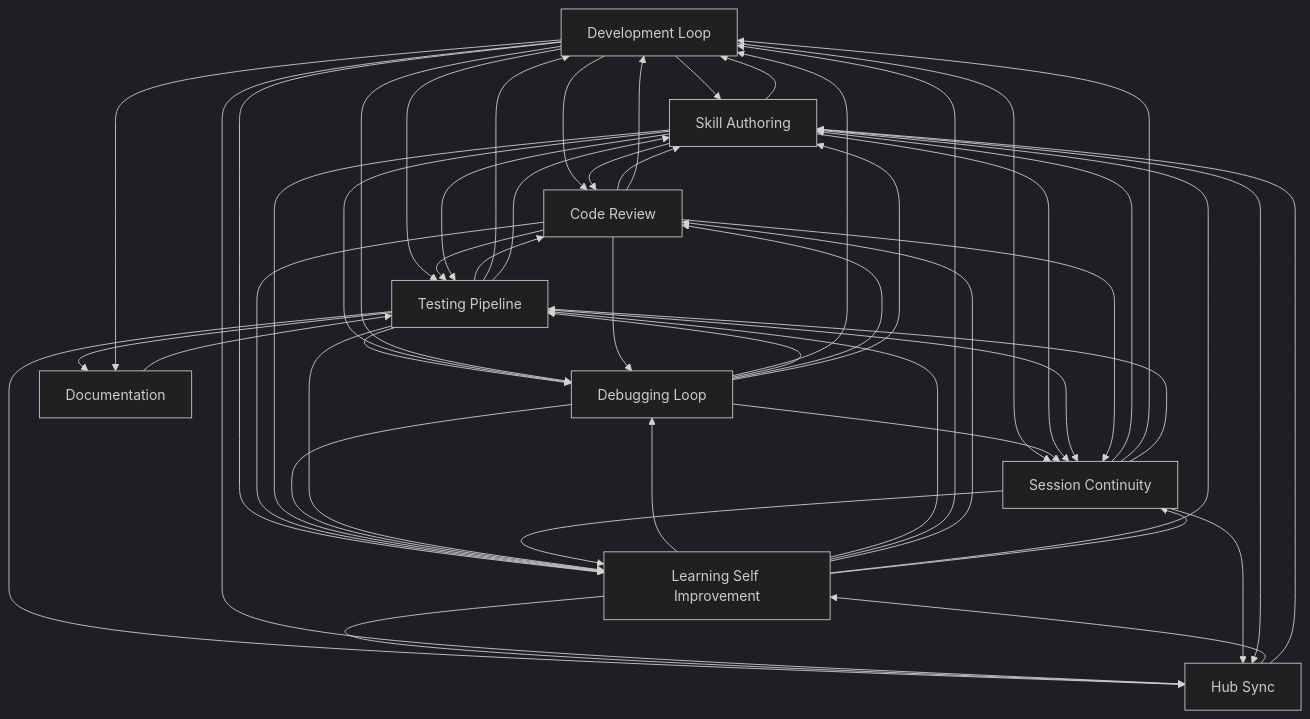
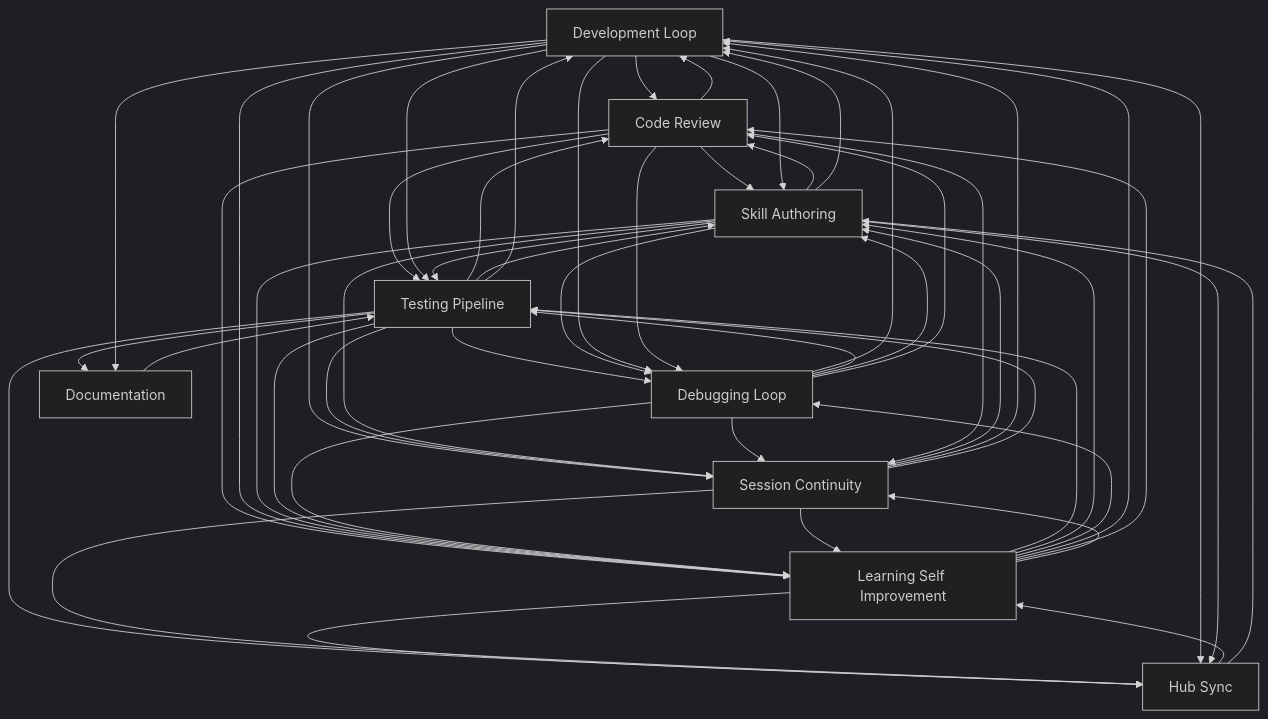
Before and after one commit to abhayla/claude-best-practices: the diagram in docs/workflows/INDEX.md, drawn with Mermaid (dark theme). The commit also changed other lines of this file and 19 other files, not shown here.

````diff
--- a/docs/workflows/INDEX.md
+++ b/docs/workflows/INDEX.md
@@ -21,62 +21,62 @@
 ```mermaid
 graph TD
     development_loop[Development Loop]
     testing_pipeline[Testing Pipeline]
     debugging_loop[Debugging Loop]
     learning_self_improvement[Learning Self Improvement]
     session_continuity[Session Continuity]
     skill_authoring[Skill Authoring]
     code_review[Code Review]
     documentation[Documentation]
     hub_sync[Hub Sync]
     documentation --> testing_pipeline
-    development_loop --> skill_authoring
-    development_loop --> code_review
     code_review --> skill_authoring
     code_review --> development_loop
+    development_loop --> code_review
+    development_loop --> skill_authoring
+    code_review --> testing_pipeline
+    code_review --> learning_self_improvement
     development_loop --> testing_pipeline
     development_loop --> learning_self_improvement
-    code_review --> testing_pipeline
-    code_review --> learning_self_improvement
     testing_pipeline --> code_review
     testing_pipeline --> debugging_loop
+    testing_pipeline --> skill_authoring
     testing_pipeline --> development_loop
-    testing_pipeline --> skill_authoring
+    skill_authoring --> code_review
     skill_authoring --> development_loop
-    skill_authoring --> code_review
     skill_authoring --> testing_pipeline
     skill_authoring --> learning_self_improvement
     development_loop --> session_continuity
+    testing_pipeline --> session_continuity
+    skill_authoring --> session_continuity
+    debugging_loop --> session_continuity
     debugging_loop --> development_loop
-    debugging_loop --> session_continuity
-    skill_authoring --> session_continuity
-    testing_pipeline --> session_continuity
+    skill_authoring --> debugging_loop
     debugging_loop --> testing_pipeline
+    debugging_loop --> skill_authoring
     debugging_loop --> code_review
-    debugging_loop --> skill_authoring
-    skill_authoring --> debugging_loop
     development_loop --> debugging_loop
+    testing_pipeline --> learning_self_improvement
     debugging_loop --> learning_self_improvement
-    testing_pipeline --> learning_self_improvement
+    learning_self_improvement --> testing_pipeline
+    learning_self_improvement --> skill_authoring
     learning_self_improvement --> debugging_loop
-    learning_self_improvement --> testing_pipeline
     learning_self_improvement --> development_loop
     learning_self_improvement --> code_review
-    learning_self_improvement --> skill_authoring
     code_review --> debugging_loop
     learning_self_improvement --> session_continuity
     code_review --> session_continuity
+    learning_self_improvement --> hub_sync
     testing_pipeline --> hub_sync
-    learning_self_improvement --> hub_sync
+    session_continuity --> learning_self_improvement
+    session_continuity --> hub_sync
+    session_continuity --> skill_authoring
     development_loop --> hub_sync
-    session_continuity --> learning_self_improvement
-    session_continuity --> skill_authoring
-    session_continuity --> hub_sync
     testing_pipeline --> documentation
     development_loop --> documentation
     session_continuity --> development_loop
     session_continuity --> testing_pipeline
     skill_authoring --> hub_sync
     hub_sync --> learning_self_improvement
     hub_sync --> skill_authoring
 ```
````
